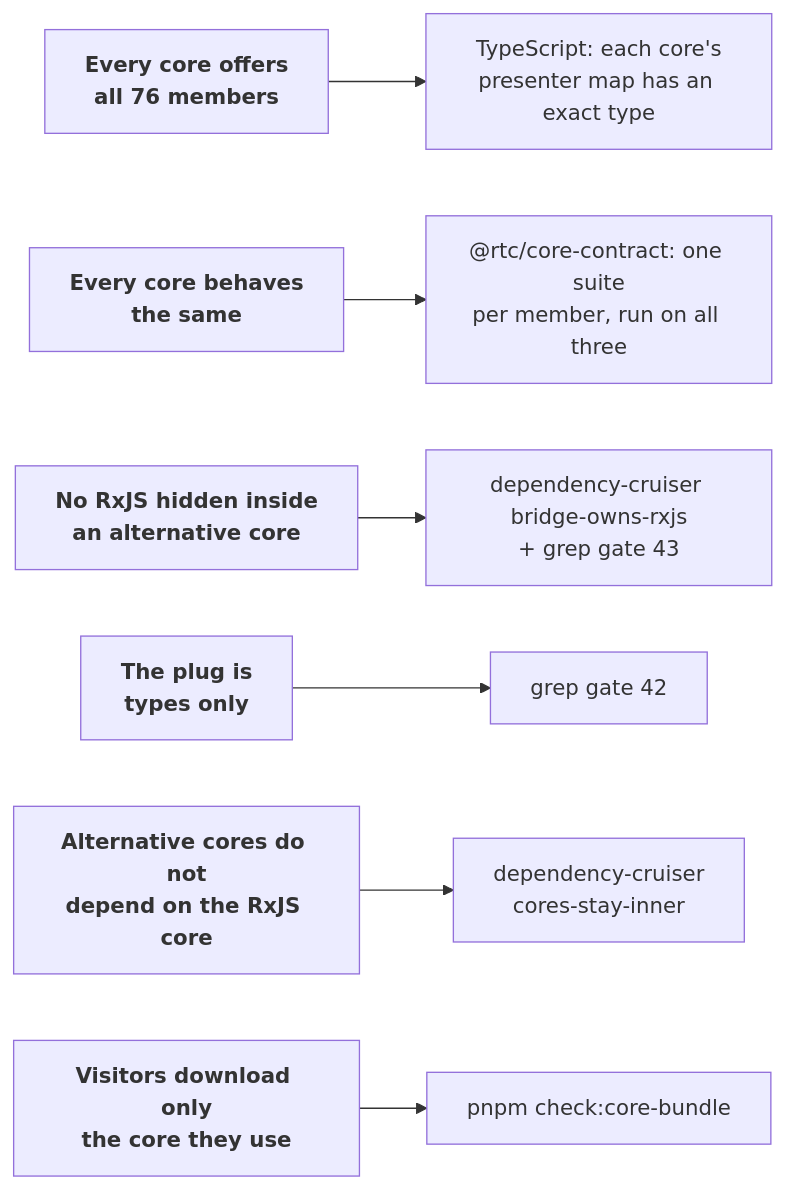
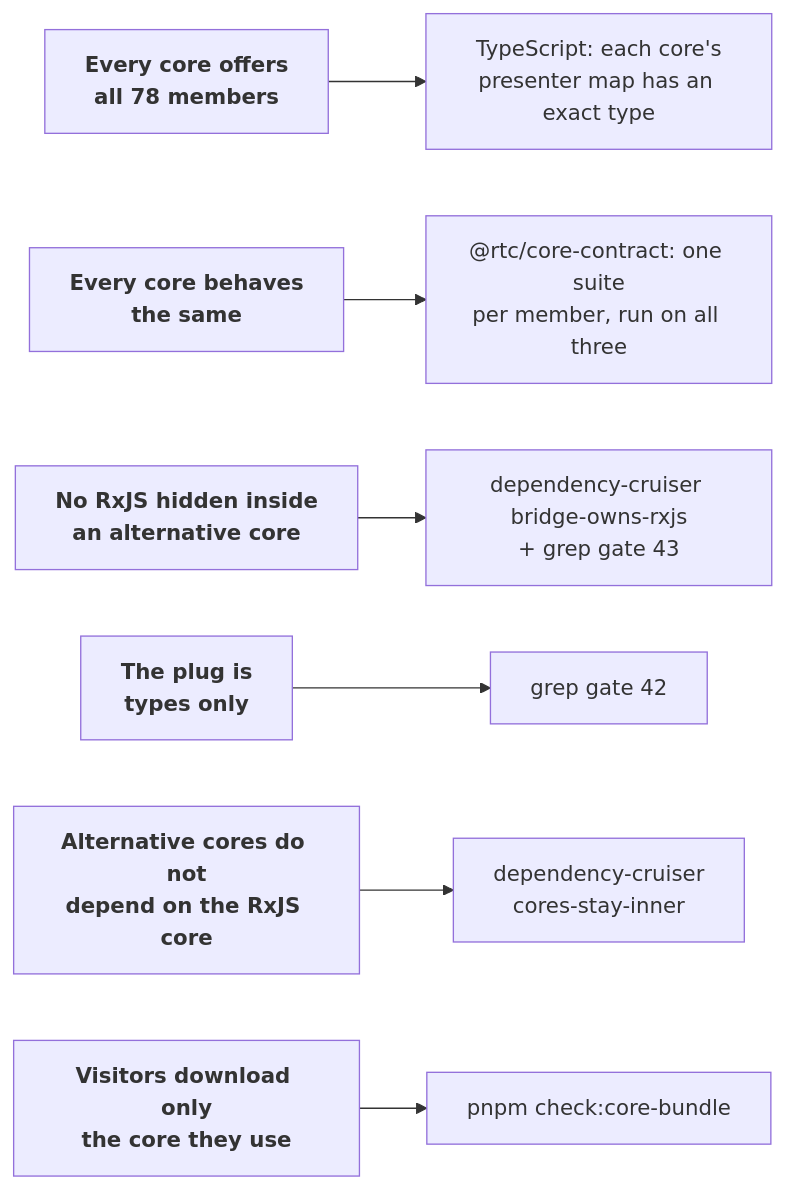
Before and after one commit to bettersoftware-io/ReactiveTraderCloudClone: diagram 13 of 17 in docs/architecture/23-application-cores-explained.md, drawn with Mermaid. The commit also changed other lines of this file and 10 other files, not shown here.

````diff
--- a/docs/architecture/23-application-cores-explained.md
+++ b/docs/architecture/23-application-cores-explained.md
@@ -901,9 +901,9 @@
 ```mermaid
 flowchart LR
-  c1["<b>Every core offers<br/>all 76 members</b>"] --> g1["TypeScript: each core's<br/>presenter map has an exact type"]
+  c1["<b>Every core offers<br/>all 78 members</b>"] --> g1["TypeScript: each core's<br/>presenter map has an exact type"]
   c2["<b>Every core behaves<br/>the same</b>"] --> g2["@rtc/core-contract: one suite<br/>per member, run on all three"]
   c3["<b>No RxJS hidden inside<br/>an alternative core</b>"] --> g3["dependency-cruiser bridge-owns-rxjs<br/>+ grep gate 43"]
   c4["<b>The plug is<br/>types only</b>"] --> g4["grep gate 42"]
   c5["<b>Alternative cores do not<br/>depend on the RxJS core</b>"] --> g5["dependency-cruiser<br/>cores-stay-inner"]
   c6["<b>Visitors download only<br/>the core they use</b>"] --> g6["pnpm check:core-bundle"]
 ```
````
